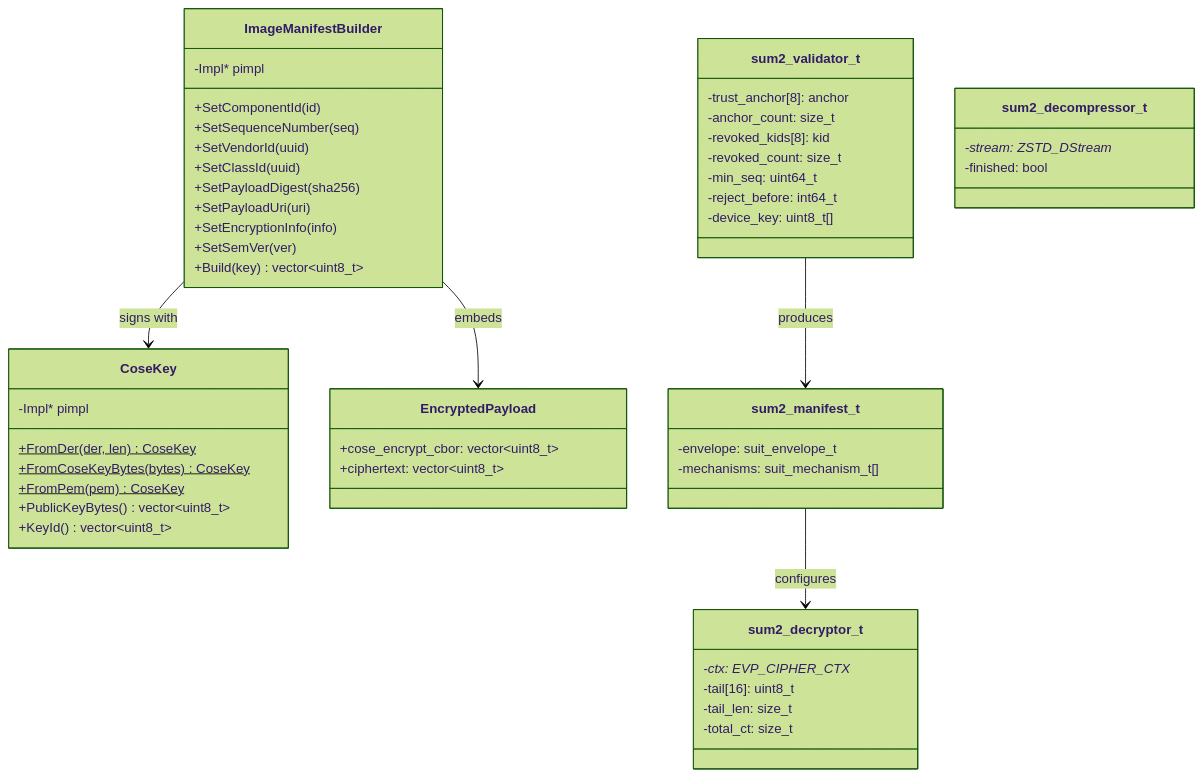
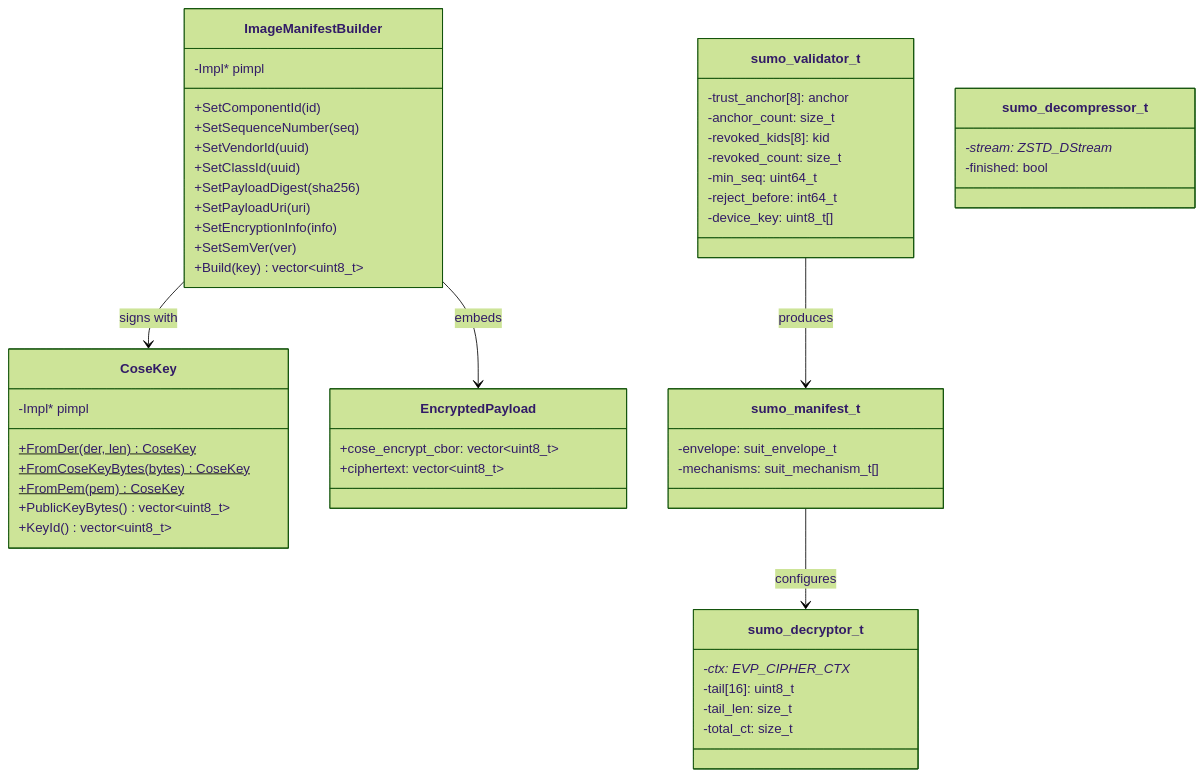
One commit to tr-sdv-sandbox/libsumo changed the fourth of 8 diagrams in ARCHITECTURE.md. Above: the diagram before and after it, drawn with Mermaid (forest theme). The commit also changed other lines of this file and 41 other files, not shown here.

First line of the commit message:
Rename sum2/SUM2/libsum2 → sumo/SUMO/libsumo throughout codebase

````diff
--- a/ARCHITECTURE.md
+++ b/ARCHITECTURE.md
@@ -165,61 +165,61 @@
 ```mermaid
 classDiagram
     class CoseKey {
         -Impl* pimpl
         +FromDer(der, len) CoseKey$
         +FromCoseKeyBytes(bytes) CoseKey$
         +FromPem(pem) CoseKey$
         +PublicKeyBytes() vector~uint8_t~
         +KeyId() vector~uint8_t~
     }
 
     class ImageManifestBuilder {
         -Impl* pimpl
         +SetComponentId(id)
         +SetSequenceNumber(seq)
         +SetVendorId(uuid)
         +SetClassId(uuid)
         +SetPayloadDigest(sha256)
         +SetPayloadUri(uri)
         +SetEncryptionInfo(info)
         +SetSemVer(ver)
         +Build(key) vector~uint8_t~
     }
 
     class EncryptedPayload {
         +cose_encrypt_cbor: vector~uint8_t~
         +ciphertext: vector~uint8_t~
     }
 
-    class sum2_validator_t {
+    class sumo_validator_t {
         -trust_anchor[8]: anchor
         -anchor_count: size_t
         -revoked_kids[8]: kid
         -revoked_count: size_t
         -min_seq: uint64_t
         -reject_before: int64_t
         -device_key: uint8_t[]
     }
 
-    class sum2_manifest_t {
+    class sumo_manifest_t {
         -envelope: suit_envelope_t
         -mechanisms: suit_mechanism_t[]
     }
 
-    class sum2_decryptor_t {
+    class sumo_decryptor_t {
         -ctx: EVP_CIPHER_CTX*
         -tail[16]: uint8_t
         -tail_len: size_t
         -total_ct: size_t
     }
 
-    class sum2_decompressor_t {
+    class sumo_decompressor_t {
         -stream: ZSTD_DStream*
         -finished: bool
     }
 
     ImageManifestBuilder --> CoseKey : signs with
     ImageManifestBuilder --> EncryptedPayload : embeds
-    sum2_validator_t --> sum2_manifest_t : produces
-    sum2_manifest_t --> sum2_decryptor_t : configures
+    sumo_validator_t --> sumo_manifest_t : produces
+    sumo_manifest_t --> sumo_decryptor_t : configures
 ```
````
